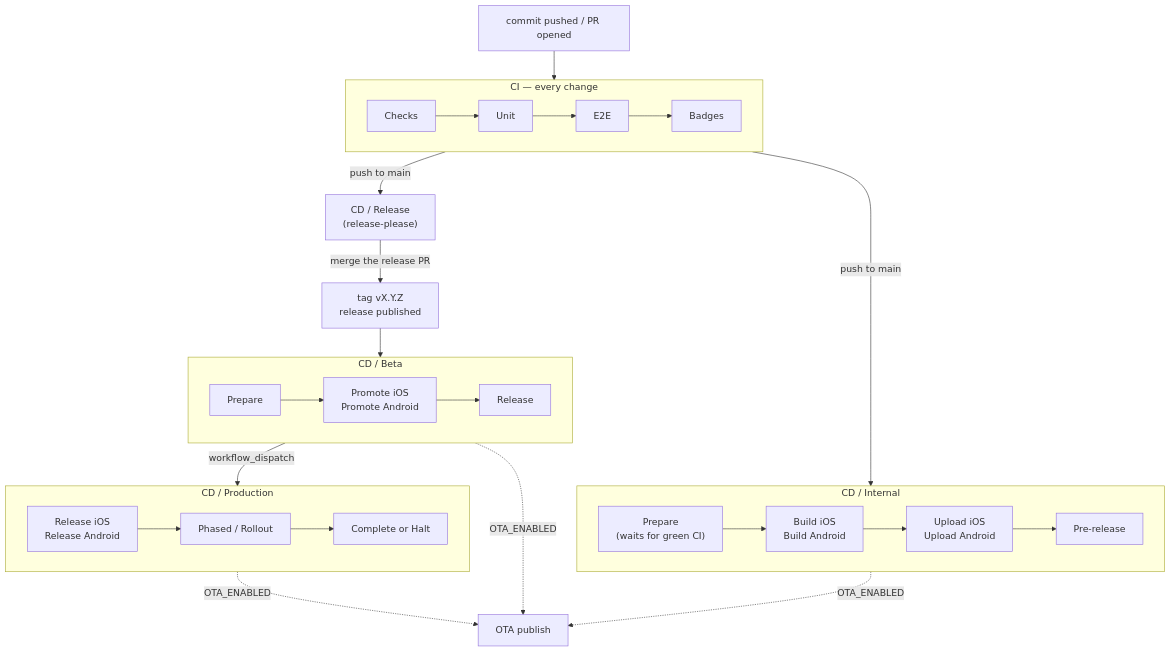
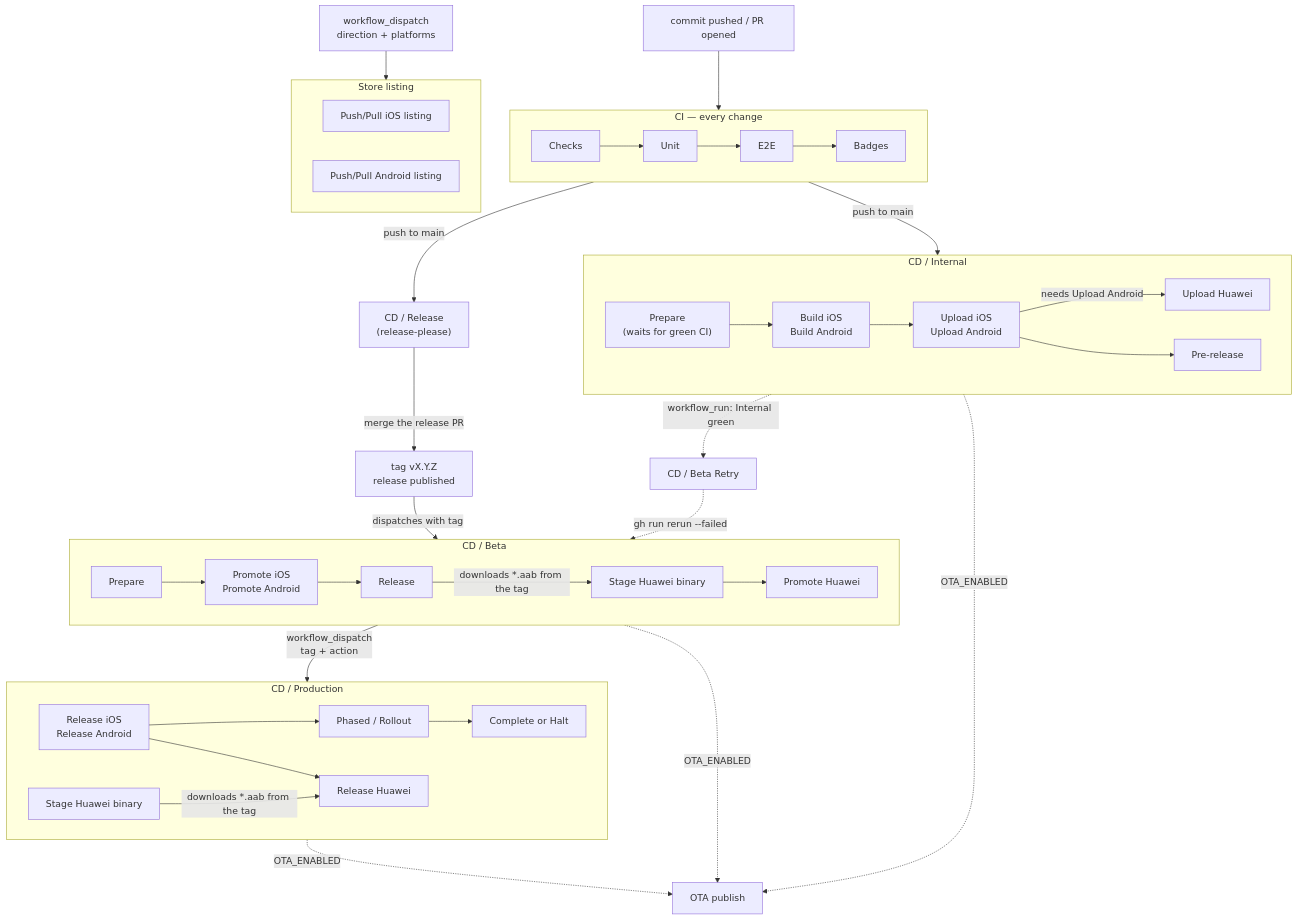
One commit to blinkbitcoin/react-native-mobile-template changed the diagram in docs/ci.md. Above: the diagram before and after it, drawn with Mermaid. The commit also changed other lines of this file and 8 other files, not shown here.

First line of the commit message:
docs(docs): draw the release, OTA, credential and skills flows as diagrams (#49)

````diff
--- a/docs/ci.md
+++ b/docs/ci.md
@@ -23,38 +23,54 @@
 ```mermaid
 flowchart TD
   commit["commit pushed / PR opened"] --> CI
 
   subgraph CI["CI — every change"]
     direction LR
     checks["Checks"] --> unit["Unit"] --> e2e["E2E"] --> badges["Badges"]
   end
 
   CI -->|"push to main"| rp["CD / Release<br/>(release-please)"]
   CI -->|"push to main"| internal
 
   subgraph internal["CD / Internal"]
     direction LR
     prep["Prepare<br/>(waits for green CI)"] --> builds["Build iOS<br/>Build Android"]
     builds --> up["Upload iOS<br/>Upload Android"]
+    up -->|"needs Upload Android"| uphuawei["Upload Huawei"]
     up --> pre["Pre-release"]
   end
 
   rp -->|"merge the release PR"| tag["tag vX.Y.Z<br/>release published"]
-  tag --> beta
+  tag -->|"dispatches with tag"| beta
 
   subgraph beta["CD / Beta"]
     direction LR
     bprep["Prepare"] --> promote["Promote iOS<br/>Promote Android"] --> brel["Release"]
+    brel -->|"downloads *.aab from the tag"| bbin["Stage Huawei binary"]
+    bbin --> bhuawei["Promote Huawei"]
   end
 
-  beta -->|"workflow_dispatch"| prod
+  internal -.->|"workflow_run: Internal green"| retry["CD / Beta Retry"]
+  retry -.->|"gh run rerun --failed"| beta
+
+  beta -->|"workflow_dispatch<br/>tag + action"| prod
 
   subgraph prod["CD / Production"]
     direction LR
     rel["Release iOS<br/>Release Android"] --> roll["Phased / Rollout"] --> done["Complete or Halt"]
+    pbin["Stage Huawei binary"] -->|"downloads *.aab from the tag"| phuawei["Release Huawei"]
+    rel --> phuawei
+  end
+
+  listing["workflow_dispatch<br/>direction + platforms"] --> sm
+
+  subgraph sm["Store listing"]
+    direction LR
+    smios["Push/Pull iOS listing"]
+    smandroid["Push/Pull Android listing"]
   end
 
   pre -.->|"OTA_ENABLED"| ota["OTA publish"]
   brel -.->|"OTA_ENABLED"| ota
   prod -.->|"OTA_ENABLED"| ota
 ```
````
